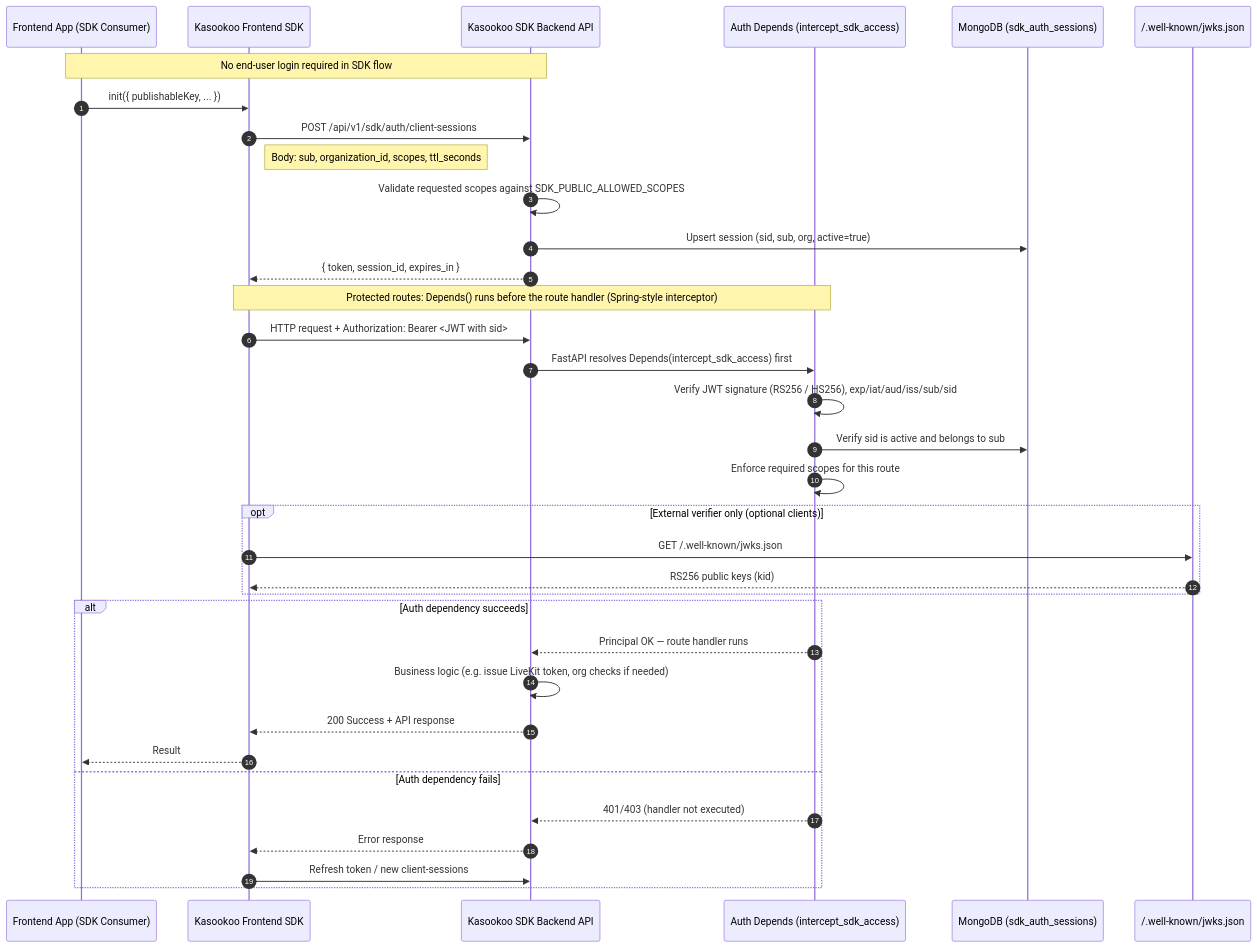
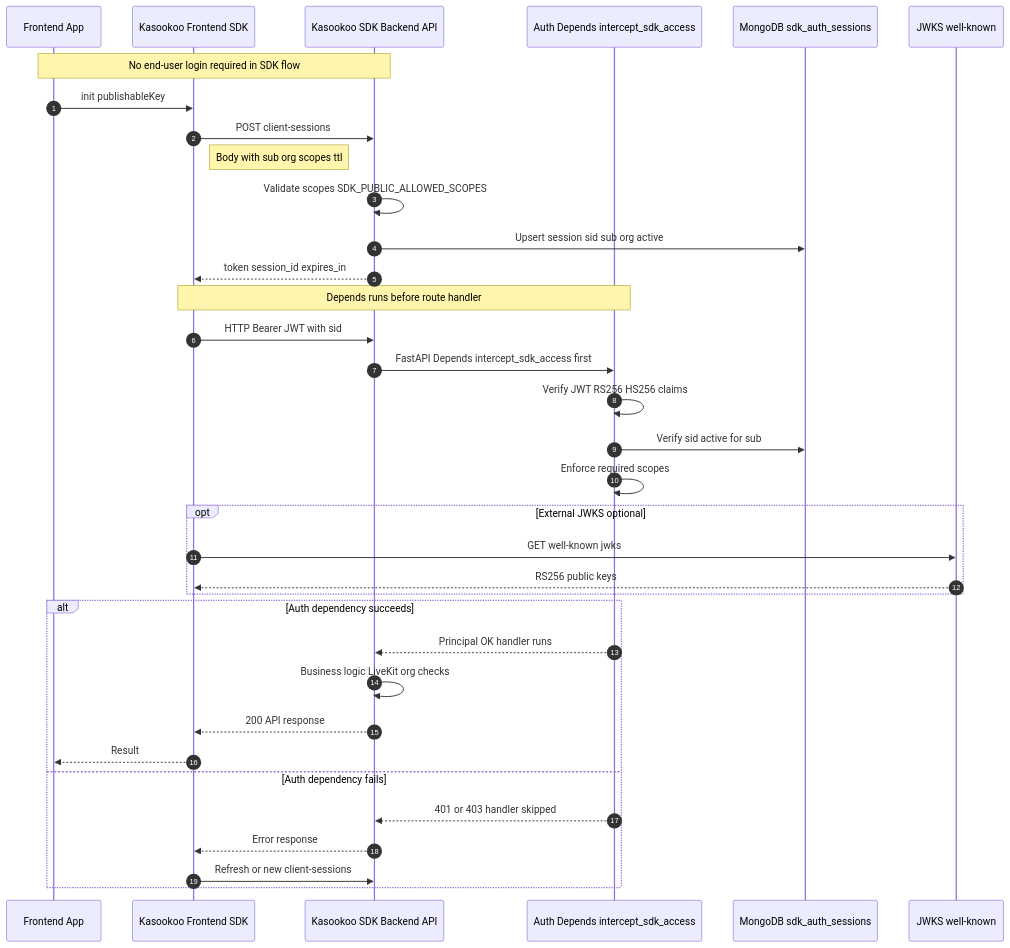
Before and after one commit to Kasookoo/kasookoo-sdk-backend: the third of 4 diagrams in README.md, drawn with Mermaid. The commit also changed other lines of this file, not shown here.

Commit message:
Some changes of middleware

````diff
--- a/README.md
+++ b/README.md
@@ -520,41 +520,41 @@
 ```mermaid
 sequenceDiagram
     autonumber
-    participant FE as Frontend App (SDK Consumer)
+    participant FE as Frontend App
     participant SDK as Kasookoo Frontend SDK
     participant KB as Kasookoo SDK Backend API
-    participant AUTH as Auth Depends (intercept_sdk_access)
-    participant DB as MongoDB (sdk_auth_sessions)
-    participant JWKS as /.well-known/jwks.json
+    participant AUTH as Auth Depends intercept_sdk_access
+    participant DB as MongoDB sdk_auth_sessions
+    participant JWKS as JWKS well-known
 
     Note over FE,KB: No end-user login required in SDK flow
 
-    FE->>SDK: init({ publishableKey, ... })
-    SDK->>KB: POST /api/v1/sdk/auth/client-sessions
-    Note right of SDK: Body: sub, organization_id, scopes, ttl_seconds
-    KB->>KB: Validate requested scopes against SDK_PUBLIC_ALLOWED_SCOPES
-    KB->>DB: Upsert session (sid, sub, org, active=true)
-    KB-->>SDK: { token, session_id, expires_in }
+    FE->>SDK: init publishableKey
+    SDK->>KB: POST client-sessions
+    Note right of SDK: Body with sub org scopes ttl
+    KB->>KB: Validate scopes SDK_PUBLIC_ALLOWED_SCOPES
+    KB->>DB: Upsert session sid sub org active
+    KB-->>SDK: token session_id expires_in
 
-    Note over SDK,AUTH: Protected routes: Depends() runs before the route handler (Spring-style interceptor)
-    SDK->>KB: HTTP request + Authorization: Bearer <JWT with sid>
-    KB->>AUTH: FastAPI resolves Depends(intercept_sdk_access) first
-    AUTH->>AUTH: Verify JWT signature (RS256 / HS256), exp/iat/aud/iss/sub/sid
-    AUTH->>DB: Verify sid is active and belongs to sub
-    AUTH->>AUTH: Enforce required scopes for this route
-    opt External verifier only (optional clients)
-      SDK->>JWKS: GET /.well-known/jwks.json
-      JWKS-->>SDK: RS256 public keys (kid)
+    Note over SDK,AUTH: Depends runs before route handler
+    SDK->>KB: HTTP Bearer JWT with sid
+    KB->>AUTH: FastAPI Depends intercept_sdk_access first
+    AUTH->>AUTH: Verify JWT RS256 HS256 claims
+    AUTH->>DB: Verify sid active for sub
+    AUTH->>AUTH: Enforce required scopes
+    opt External JWKS optional
+      SDK->>JWKS: GET well-known jwks
+      JWKS-->>SDK: RS256 public keys
     end
 
     alt Auth dependency succeeds
-        AUTH-->>KB: Principal OK — route handler runs
-        KB->>KB: Business logic (e.g. issue LiveKit token, org checks if needed)
-        KB-->>SDK: 200 Success + API response
+        AUTH-->>KB: Principal OK handler runs
+        KB->>KB: Business logic LiveKit org checks
+        KB-->>SDK: 200 API response
         SDK-->>FE: Result
     else Auth dependency fails
-        AUTH-->>KB: 401/403 (handler not executed)
+        AUTH-->>KB: 401 or 403 handler skipped
         KB-->>SDK: Error response
-        SDK->>KB: Refresh token / new client-sessions
+        SDK->>KB: Refresh or new client-sessions
     end
 ```
````
